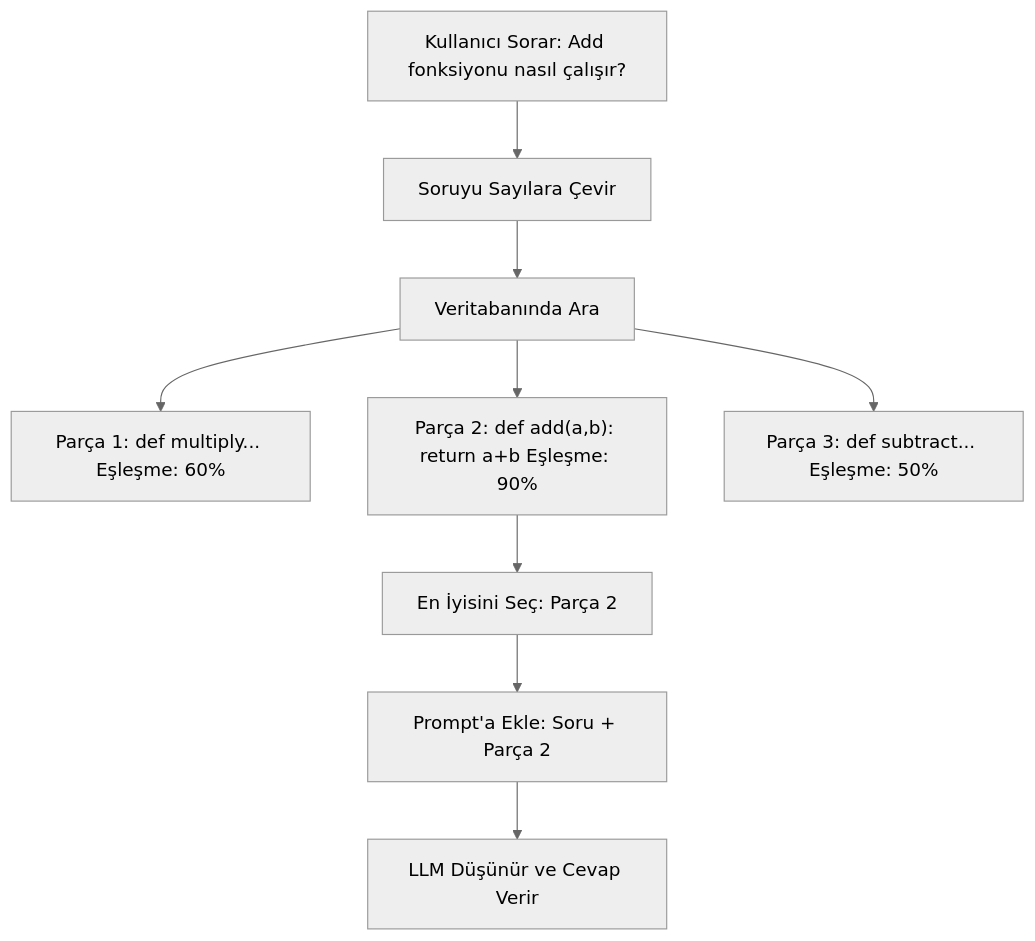
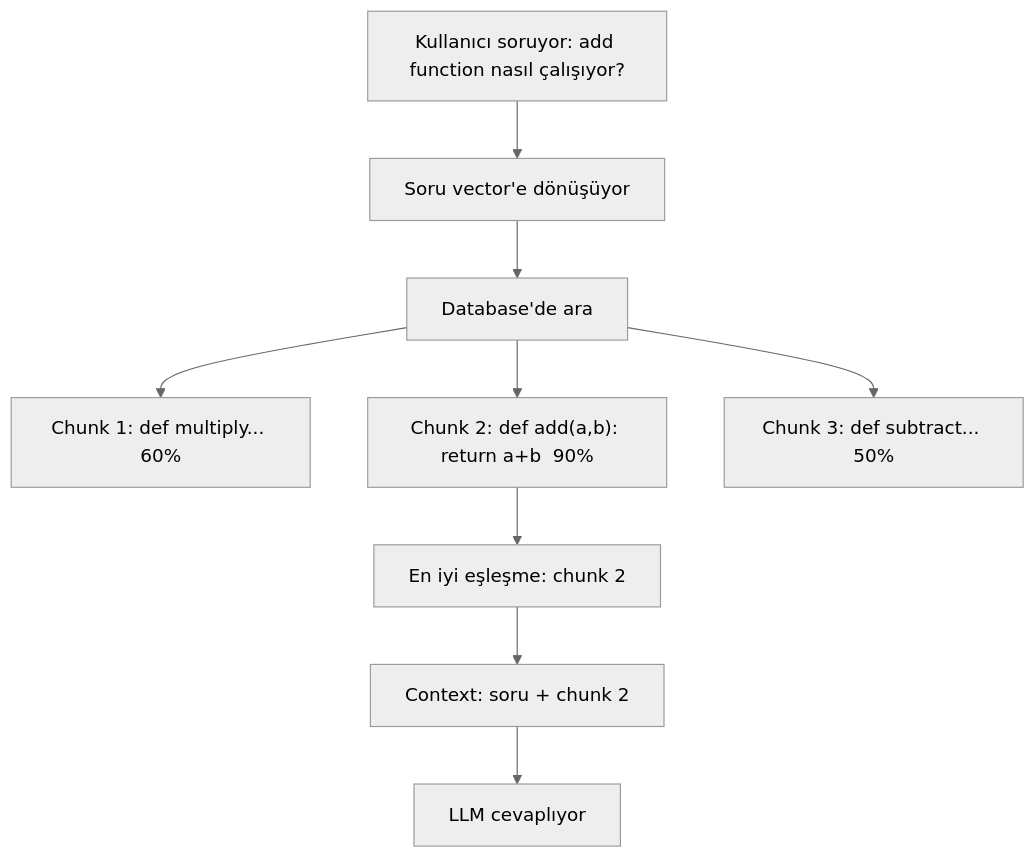
The fourth of 5 diagrams in mini-courses/1_fundamentals/3_rag_tr.md (lokumai/ai-engineering-bazaar), drawn with Mermaid (neutral theme) before and after one commit. The commit also changed other lines of this file and 7 other files, not shown here.

````diff
--- a/mini-courses/1_fundamentals/3_rag_tr.md
+++ b/mini-courses/1_fundamentals/3_rag_tr.md
@@ -224,11 +143,11 @@
 ```mermaid
 graph TD
-    A[Kullanıcı Sorar: Add fonksiyonu nasıl çalışır?] --> B[Soruyu Sayılara Çevir]
-    B --> C[Veritabanında Ara]
-    C --> D["Parça 1: def multiply... Eşleşme: 60%"]
-    C --> E["Parça 2: def add(a,b): return a+b Eşleşme: 90%"]
-    C --> F["Parça 3: def subtract... Eşleşme: 50%"]
-    E --> G[En İyisini Seç: Parça 2]
-    G --> H[Prompt'a Ekle: Soru + Parça 2]
-    H --> I[LLM Düşünür ve Cevap Verir]
+    A["Kullanıcı soruyor: add function nasıl çalışıyor?"] --> B["Soru vector'e dönüşüyor"]
+    B --> C["Database'de ara"]
+    C --> D["Chunk 1: def multiply... 60%"]
+    C --> E["Chunk 2: def add(a,b): return a+b  90%"]
+    C --> F["Chunk 3: def subtract... 50%"]
+    E --> G["En iyi eşleşme: chunk 2"]
+    G --> H["Context: soru + chunk 2"]
+    H --> I["LLM cevaplıyor"]
 ```
````
